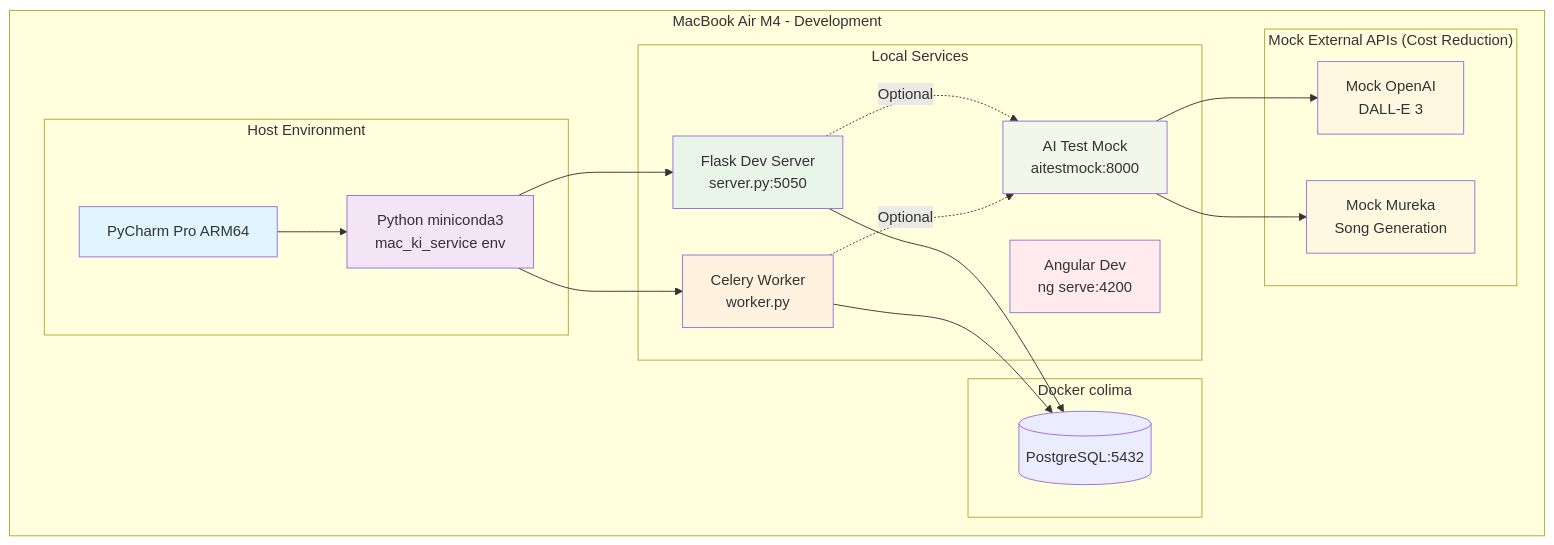
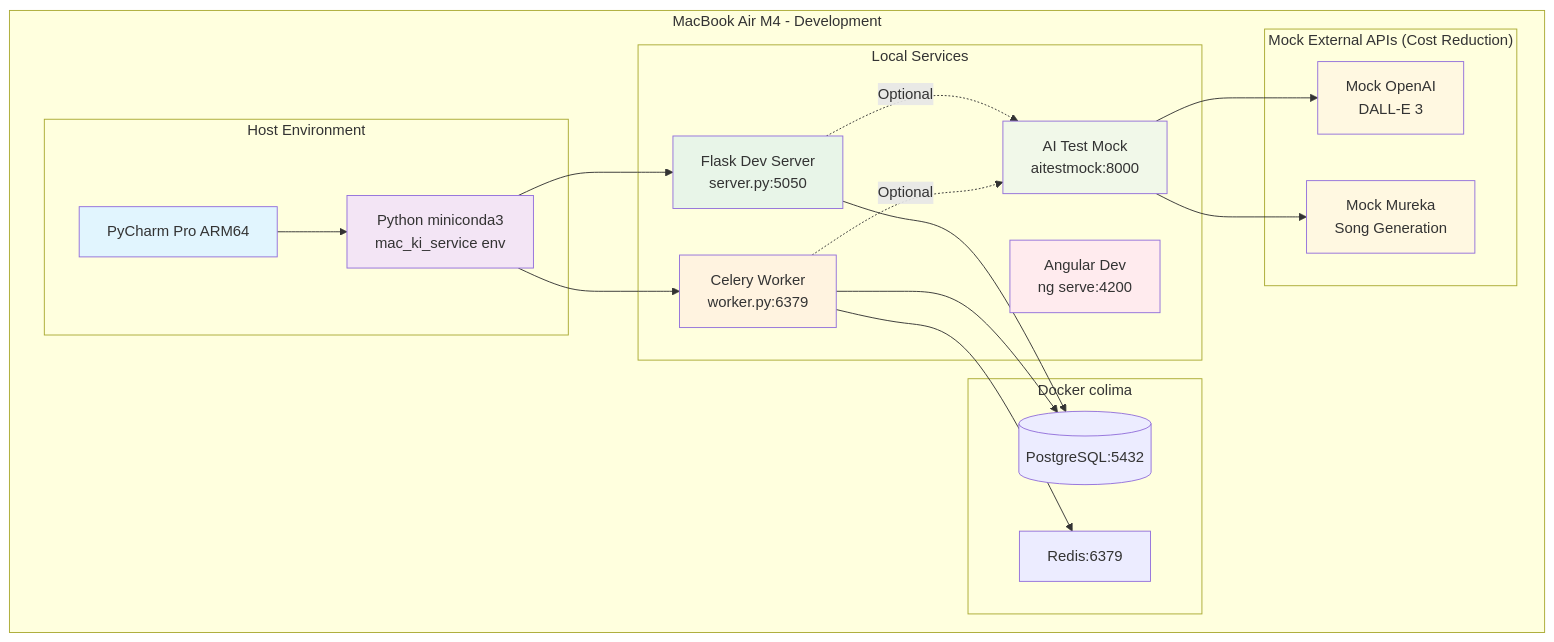
One commit to rwellinger/thwelly_ai_tools changed the diagram in docs/9.1_entwicklungs_deployment.mmd. Above: the diagram before and after it, drawn with Mermaid. The commit also changed 13 other files, not shown here.

```diff
--- a/docs/9.1_entwicklungs_deployment.mmd
+++ b/docs/9.1_entwicklungs_deployment.mmd
@@ -1,43 +1,45 @@
 graph TB
     subgraph "MacBook Air M4 - Development"
         subgraph "Host Environment"
             PYCHARM[PyCharm Pro ARM64]
             PYTHON[Python miniconda3<br/>mac_ki_service env]
         end
 
         subgraph "Docker colima"
             DEV_PG[(PostgreSQL:5432)]
+            DEV_RD[Redis:6379]
         end
 
         subgraph "Local Services"
             FLASK[Flask Dev Server<br/>server.py:5050]
-            CELERY_DEV[Celery Worker<br/>worker.py]
+            CELERY_DEV[Celery Worker<br/>worker.py:6379]
             ANGULAR[Angular Dev<br/>ng serve:4200]
             MOCK[AI Test Mock<br/>aitestmock:8000]
         end
 
         subgraph "Mock External APIs (Cost Reduction)"
             MOCK_OPENAI[Mock OpenAI<br/>DALL-E 3]
             MOCK_MUREKA[Mock Mureka<br/>Song Generation]
         end
     end
 
     PYCHARM --> PYTHON
     PYTHON --> FLASK
     PYTHON --> CELERY_DEV
     FLASK --> DEV_PG
     CELERY_DEV --> DEV_PG
+    CELERY_DEV --> DEV_RD
 
     FLASK -.->|Optional| MOCK
     CELERY_DEV -.->|Optional| MOCK
     MOCK --> MOCK_OPENAI
     MOCK --> MOCK_MUREKA
 
     style PYCHARM fill:#e1f5fe
     style PYTHON fill:#f3e5f5
     style FLASK fill:#e8f5e8
     style CELERY_DEV fill:#fff3e0
     style ANGULAR fill:#ffebee
     style MOCK fill:#f1f8e9
     style MOCK_OPENAI fill:#fff8e1
     style MOCK_MUREKA fill:#fff8e1
```
